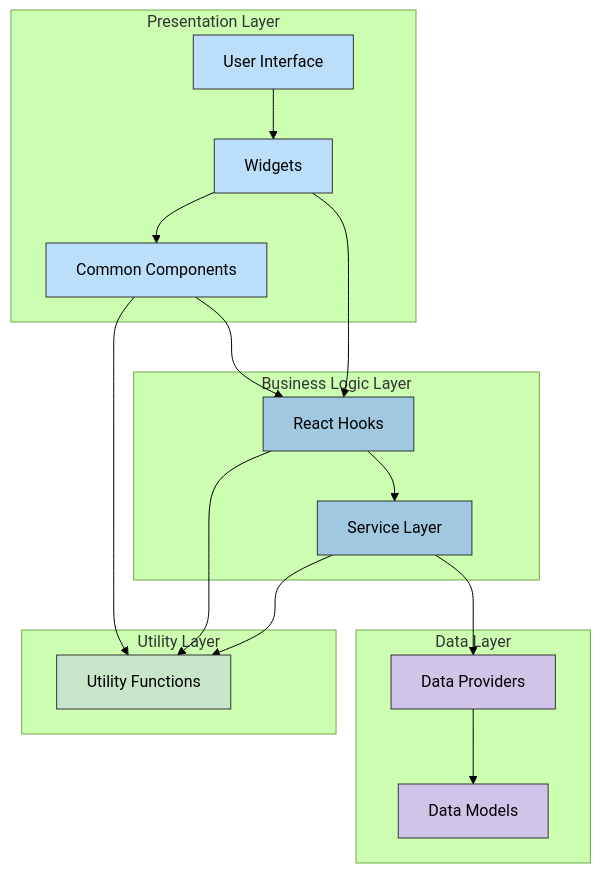
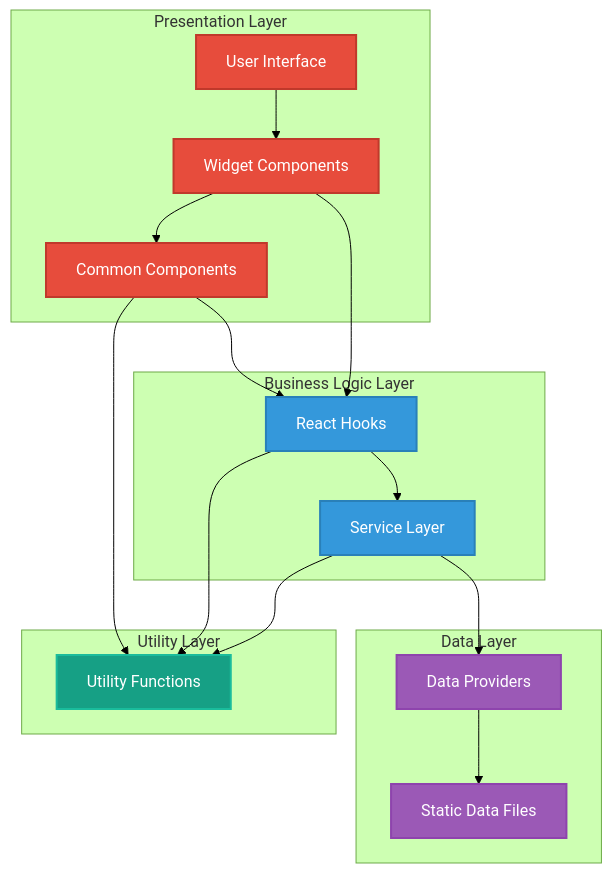
One commit to Hack23/cia-compliance-manager changed the first of 8 diagrams in docs/architecture/SYSTEM_ARCHITECTURE.md. Above: the diagram before and after it, drawn with Mermaid (forest theme). The commit also changed other lines of this file and 1 other file, not shown here.

First line of the commit message:
Add detailed widget analysis documentation for CIA Compliance Manager v1.0

````diff
--- a/docs/architecture/SYSTEM_ARCHITECTURE.md
+++ b/docs/architecture/SYSTEM_ARCHITECTURE.md
@@ -25,40 +32,40 @@
 ```mermaid
 flowchart TD
     subgraph "Presentation Layer"
         UI[User Interface]
-        Widgets[Widgets]
-        Components[Common Components]
+        Widgets[Widget Components]
+        Common[Common Components]
     end
     
     subgraph "Business Logic Layer"
         Services[Service Layer]
         Hooks[React Hooks]
     end
     
     subgraph "Data Layer"
         Providers[Data Providers]
-        Models[Data Models]
+        StaticData[Static Data Files]
     end
     
     subgraph "Utility Layer"
         Utils[Utility Functions]
     end
     
-    UI --> Widgets --> Components
+    UI --> Widgets --> Common
     Widgets --> Hooks --> Services
-    Components --> Hooks
-    Services --> Providers --> Models
+    Common --> Hooks
+    Services --> Providers --> StaticData
     Services --> Utils
     Hooks --> Utils
-    Components --> Utils
+    Common --> Utils
     
-    classDef presentation fill:#bbdefb,stroke:#333,stroke-width:1px,color:black
-    classDef business fill:#a0c8e0,stroke:#333,stroke-width:1px,color:black
-    classDef data fill:#d1c4e9,stroke:#333,stroke-width:1px,color:black
-    classDef utility fill:#c8e6c9,stroke:#333,stroke-width:1px,color:black
+    classDef presentation fill:#e74c3c,stroke:#c0392b,stroke-width:2px,color:white
+    classDef business fill:#3498db,stroke:#2980b9,stroke-width:2px,color:white
+    classDef data fill:#9b59b6,stroke:#8e44ad,stroke-width:2px,color:white
+    classDef utility fill:#16a085,stroke:#1abc9c,stroke-width:2px,color:white
     
-    class UI,Widgets,Components presentation
+    class UI,Widgets,Common presentation
     class Services,Hooks business
-    class Providers,Models data
+    class Providers,StaticData data
     class Utils utility
 ```
````
